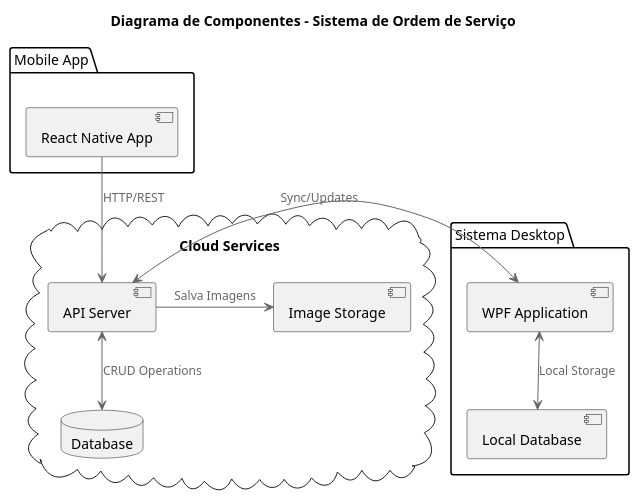
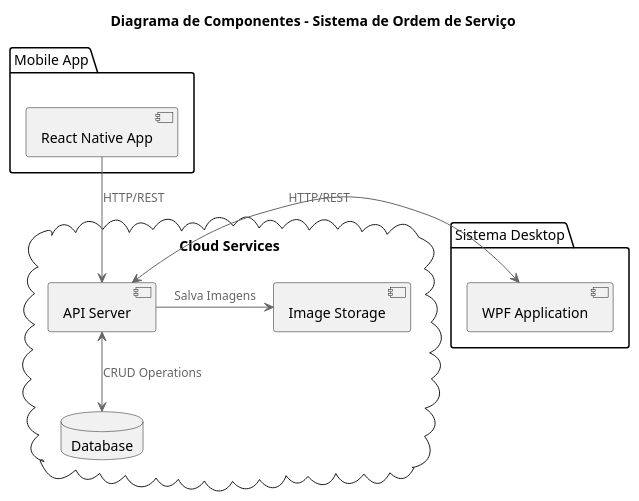
Before and after one commit to abraaodeveloper/cell-fix-manager: the diagram in docs/component_diagram.puml, drawn with PlantUML. The commit also changed 6 other files, not shown here.

```diff
--- a/docs/component_diagram.puml
+++ b/docs/component_diagram.puml
@@ -1,27 +1,25 @@
 @startuml
 !include https://raw.githubusercontent.com/plantuml-stdlib/C4-PlantUML/master/C4_Component.puml
 
 title Diagrama de Componentes - Sistema de Ordem de Serviço
 
 package "Sistema Desktop" {
     [WPF Application] as desktop
-    [Local Database] as localDB
 }
 
 package "Mobile App" {
     [React Native App] as mobile
 }
 
 cloud "Cloud Services" {
     [API Server] as api
     [Image Storage] as storage
     database "Database" as db
 }
 
 mobile -down-> api : HTTP/REST
 api -right-> storage : Salva Imagens
 api <-down-> db : CRUD Operations
-desktop <-right-> api : Sync/Updates
-desktop <-down-> localDB : Local Storage
+desktop <-right-> api : HTTP/REST
 
 @enduml
```
